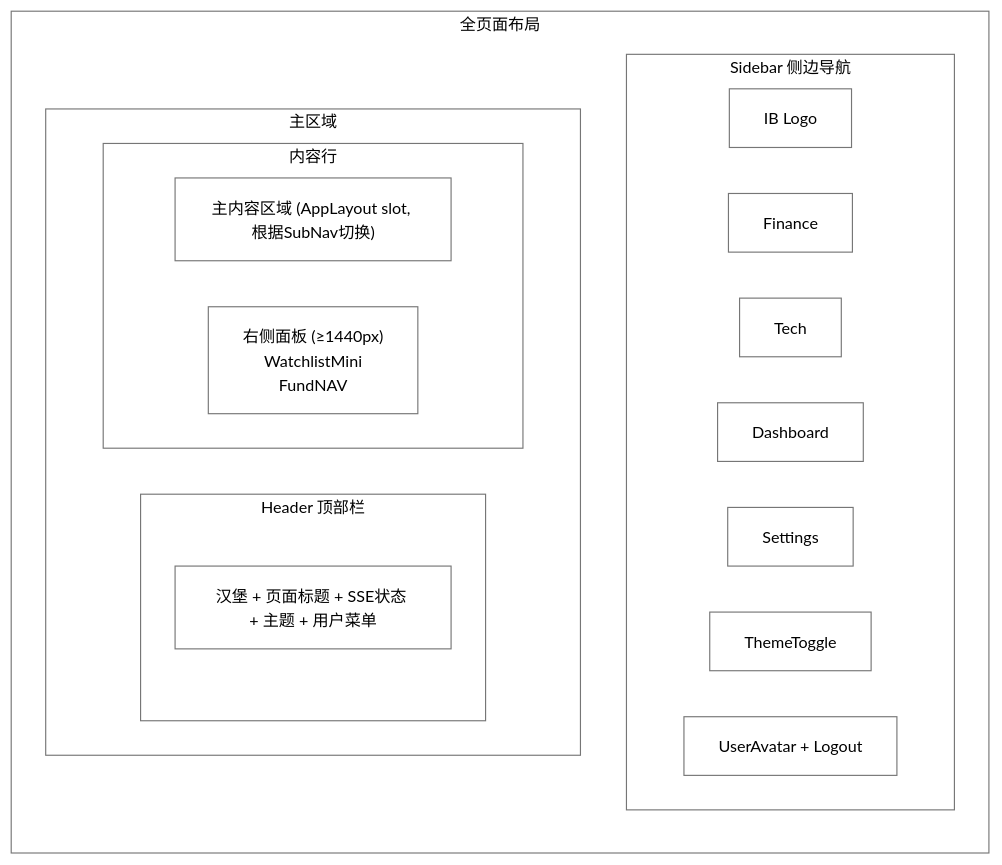
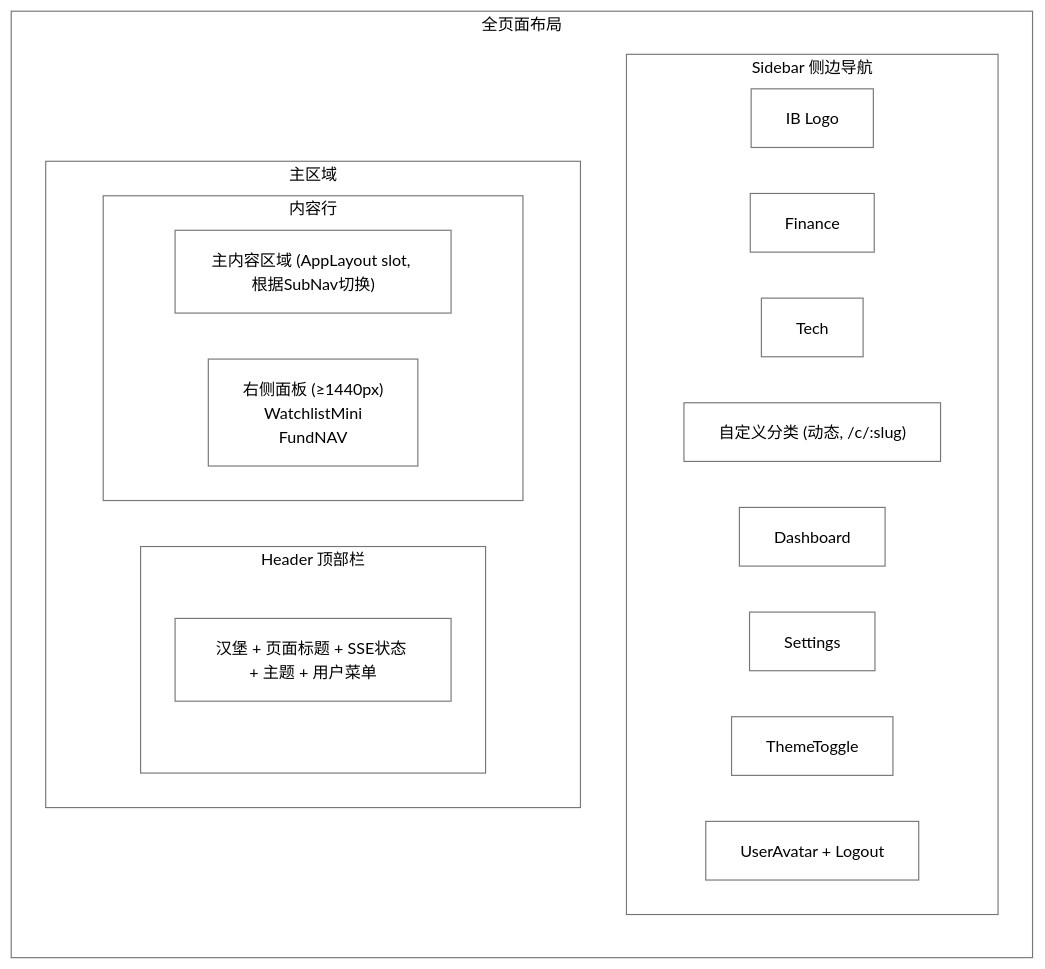
Before and after one commit to onceme/instantboard: the third of 3 diagrams in docs/dev-guide/design/frontend.md, drawn with Mermaid. The commit also changed other lines of this file and 16 other files, not shown here.

````diff
--- a/docs/dev-guide/design/frontend.md
+++ b/docs/dev-guide/design/frontend.md
@@ -165,25 +168,26 @@
 ```mermaid
 %%{init: {"theme": "base", "themeVariables": {"primaryColor": "#ffffff", "primaryTextColor": "#000000", "primaryBorderColor": "#767676", "lineColor": "#767676", "arrowheadColor": "#767676", "secondaryColor": "#ffffff", "secondaryTextColor": "#000000", "secondaryBorderColor": "#767676", "tertiaryColor": "#ffffff", "tertiaryTextColor": "#000000", "tertiaryBorderColor": "#767676", "edgeLabelBackground": "#ffffff", "textColor": "#000000", "nodeTextColor": "#000000", "mainBkg": "#ffffff", "nodeBorder": "#767676", "clusterBkg": "#ffffff", "clusterBdr": "#767676", "clusterTextColor": "#000000", "titleColor": "#000000", "fontSize": "14px"}, "flowchart": {"nodeSpacing": 40, "rankSpacing": 50, "wrappingWidth": 180, "useMaxWidth": true}}}%%
 graph LR
   subgraph fullpage["全页面布局"]
     subgraph sidebar["Sidebar 侧边导航"]
       Logo["IB Logo"]
       NavFin["Finance"]
       NavTech["Tech"]
+      NavCustom["自定义分类 (动态, /c/:slug)"]
       NavDash["Dashboard"]
       NavSet["Settings"]
       ThemeBtn["ThemeToggle"]
       UserBtn["UserAvatar + Logout"]
     end
 
     subgraph mainarea["主区域"]
       subgraph header["Header 顶部栏"]
         HeaderContent["汉堡 + 页面标题 + SSE状态 + 主题 + 用户菜单"]
       end
       subgraph contentrow["内容行"]
         MainContent["主内容区域 (AppLayout slot, 根据SubNav切换)"]
         RightPanel["右侧面板 (≥1440px)<br/>WatchlistMini<br/>FundNAV"]
       end
     end
   end
 ```
````
